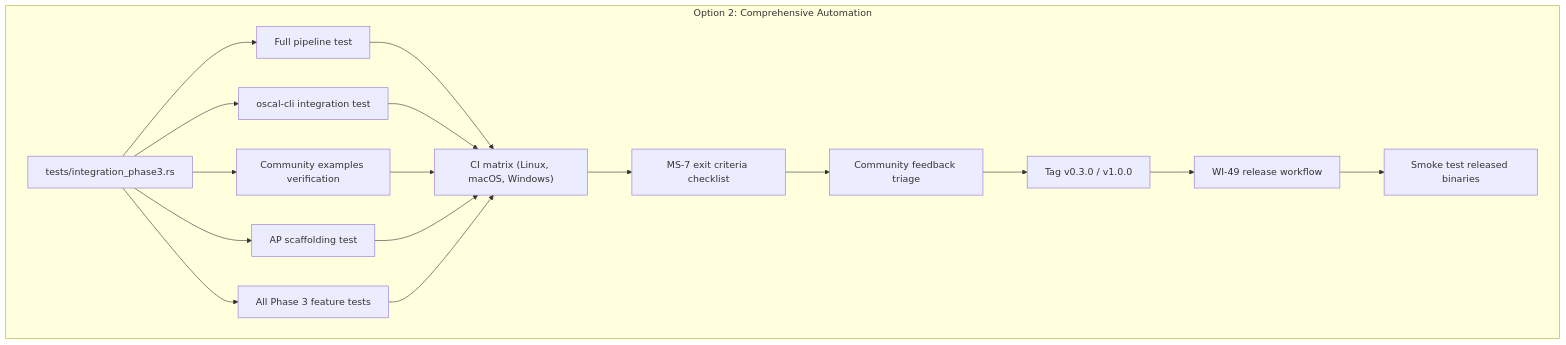
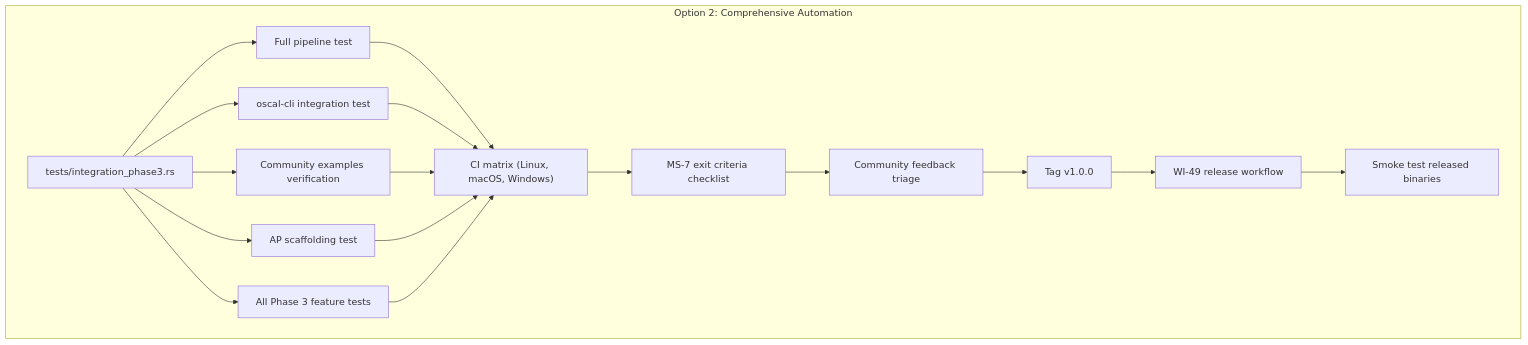
The third of 7 diagrams in docs/AR/050-ar-phase3-release.md (policy-forge/forge), drawn with Mermaid before and after one commit. The commit also changed other lines of this file and 9 other files, not shown here.

````diff
--- a/docs/AR/050-ar-phase3-release.md
+++ b/docs/AR/050-ar-phase3-release.md
@@ -191,16 +191,16 @@
 ```mermaid
 graph TD
     subgraph "Option 2: Comprehensive Automation"
         IntTest["tests/integration_phase3.rs"] --> Pipeline["Full pipeline test"]
         IntTest --> OSCALCLI["oscal-cli integration test"]
         IntTest --> Examples["Community examples verification"]
         IntTest --> AP["AP scaffolding test"]
         IntTest --> Features["All Phase 3 feature tests"]
         Pipeline & OSCALCLI & Examples & AP & Features --> CI["CI matrix (Linux, macOS, Windows)"]
         CI --> MS7["MS-7 exit criteria checklist"]
         MS7 --> Feedback["Community feedback triage"]
-        Feedback --> Tag["Tag v0.3.0 / v1.0.0"]
+        Feedback --> Tag["Tag v1.0.0"]
         Tag --> Release["WI-49 release workflow"]
         Release --> Smoke["Smoke test released binaries"]
     end
 ```
````
